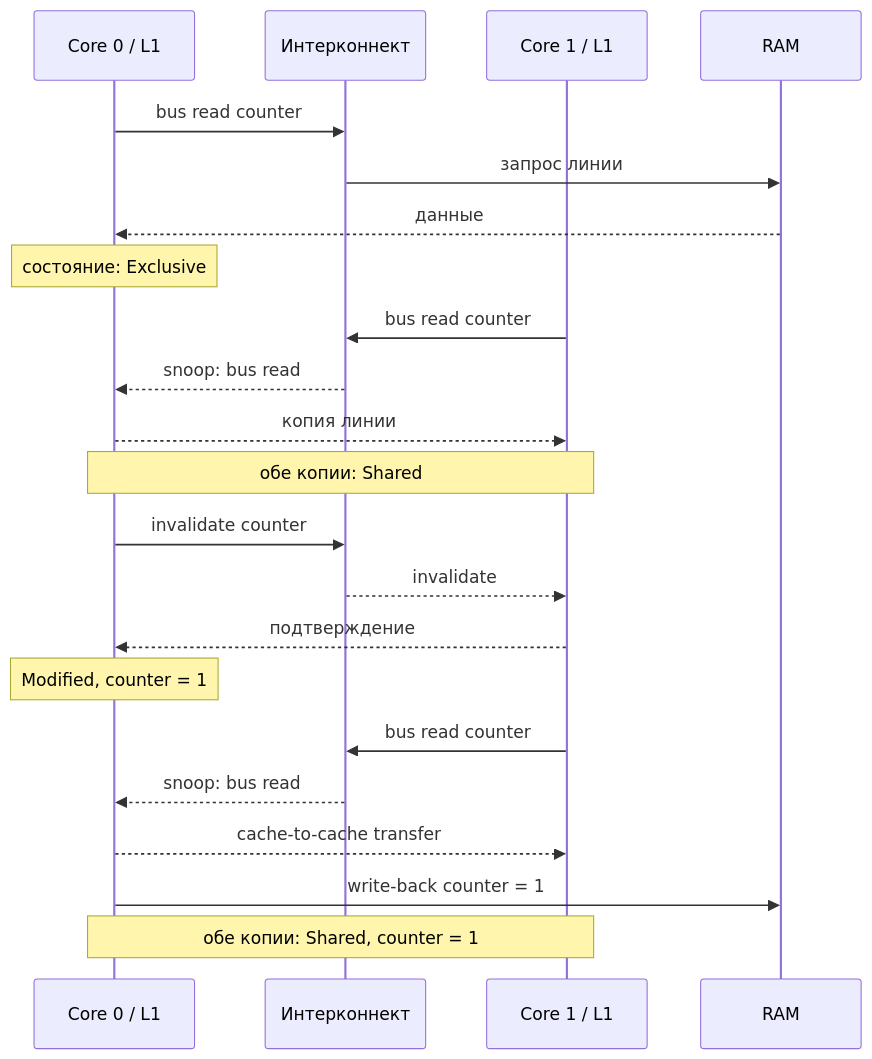
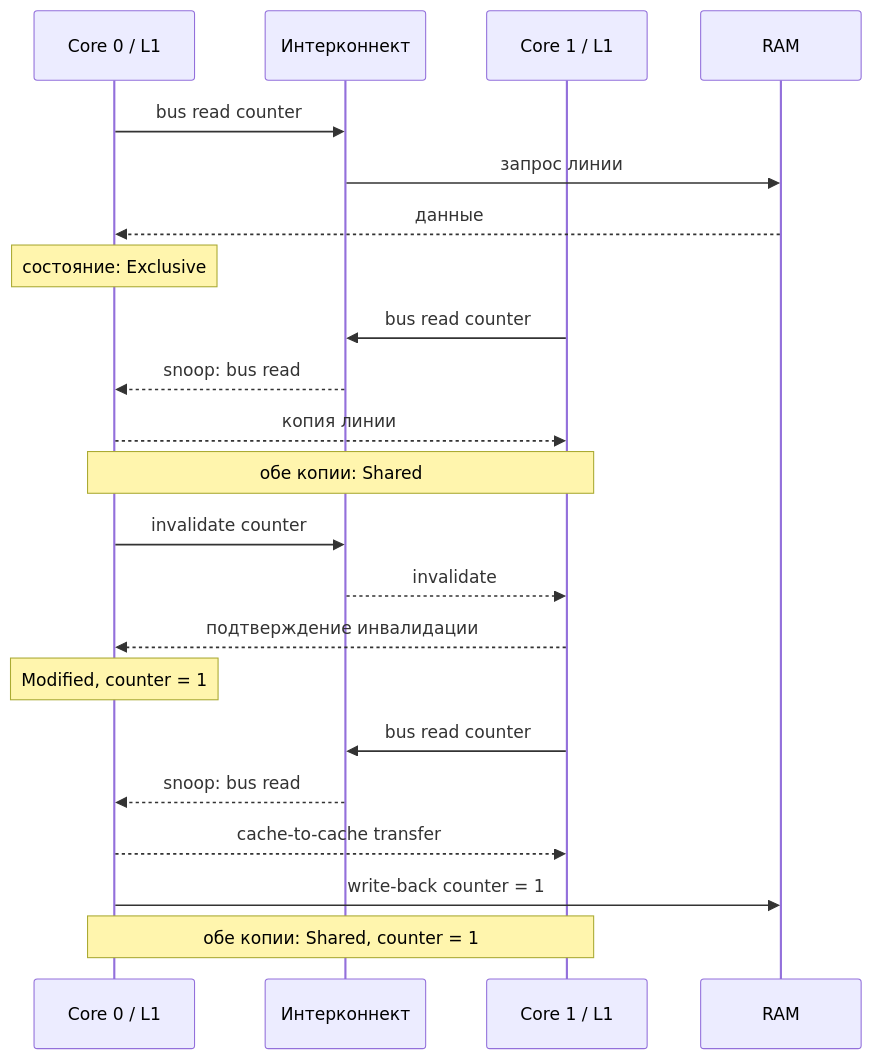
The first of 2 diagrams in computer/data-path/cache-coherency.md (AlexeyMatskevich/cs-notes), drawn with Mermaid before and after one commit. The commit also changed other lines of this file and 1 other file, not shown here.

````diff
--- a/computer/data-path/cache-coherency.md
+++ b/computer/data-path/cache-coherency.md
@@ -114,28 +114,28 @@
 ```mermaid
 sequenceDiagram
     participant C0 as Core 0 / L1
     participant BUS as Интерконнект
     participant C1 as Core 1 / L1
     participant RAM as RAM
 
     C0->>BUS: bus read counter
     BUS->>RAM: запрос линии
     RAM-->>C0: данные
     Note over C0: состояние: Exclusive
 
     C1->>BUS: bus read counter
     BUS-->>C0: snoop: bus read
     C0-->>C1: копия линии
     Note over C0,C1: обе копии: Shared
 
     C0->>BUS: invalidate counter
     BUS-->>C1: invalidate
-    C1-->>C0: подтверждение
+    C1-->>C0: подтверждение инвалидации
     Note over C0: Modified, counter = 1
 
     C1->>BUS: bus read counter
     BUS-->>C0: snoop: bus read
     C0-->>C1: cache-to-cache transfer
     C0->>RAM: write-back counter = 1
     Note over C0,C1: обе копии: Shared, counter = 1
 ```
````
